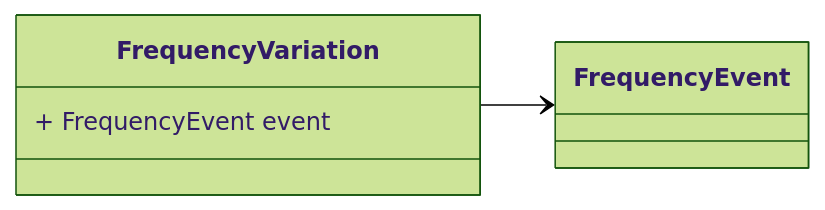
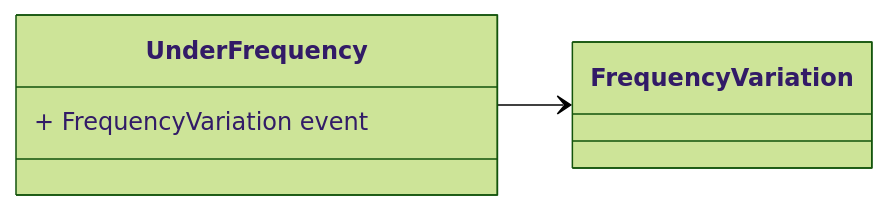
One commit to zaphiro-technologies/protobuf changed diagram 18 of 20 in docs/data_format/grid/v1/grid_event.proto.md. Above: the diagram before and after it, drawn with Mermaid (forest theme). The commit also changed other lines of this file and 13 other files, not shown here.

First line of the commit message:
`FrequencyVariations`: add `FrequencyVariationThreshold` field to better support EN5160 and EU 2017/1485 (#155)

````diff
--- a/docs/data_format/grid/v1/grid_event.proto.md
+++ b/docs/data_format/grid/v1/grid_event.proto.md
@@ -413,12 +463,12 @@
 ```mermaid
 classDiagram
 direction LR
 
 %% 
 
-class FrequencyVariation {
-  + FrequencyEvent event
+class UnderFrequency {
+  + FrequencyVariation event
 }
-FrequencyVariation --> `FrequencyEvent`
+UnderFrequency --> `FrequencyVariation`
 
 ```
````
